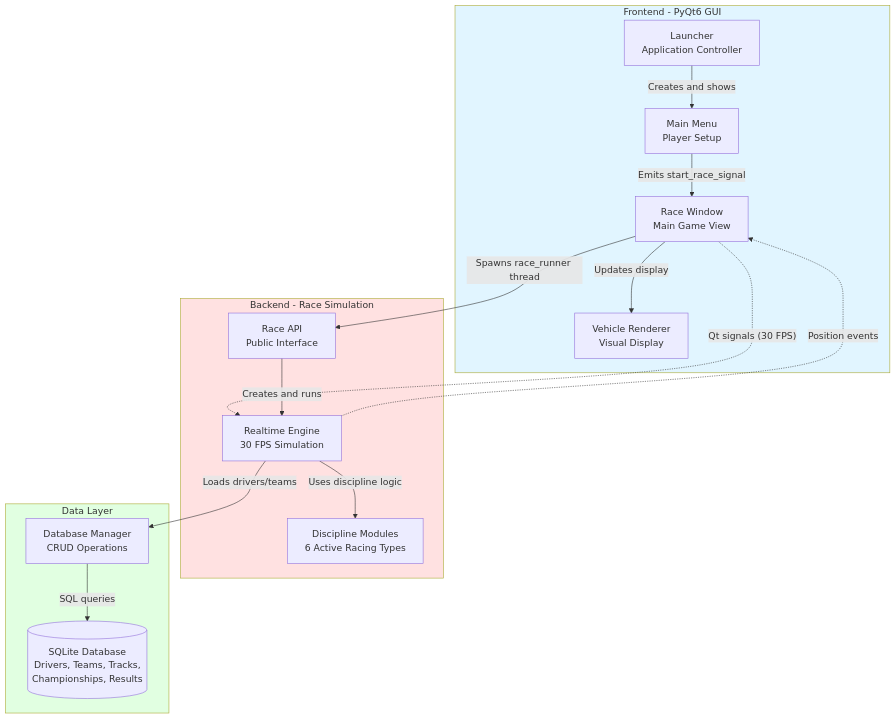
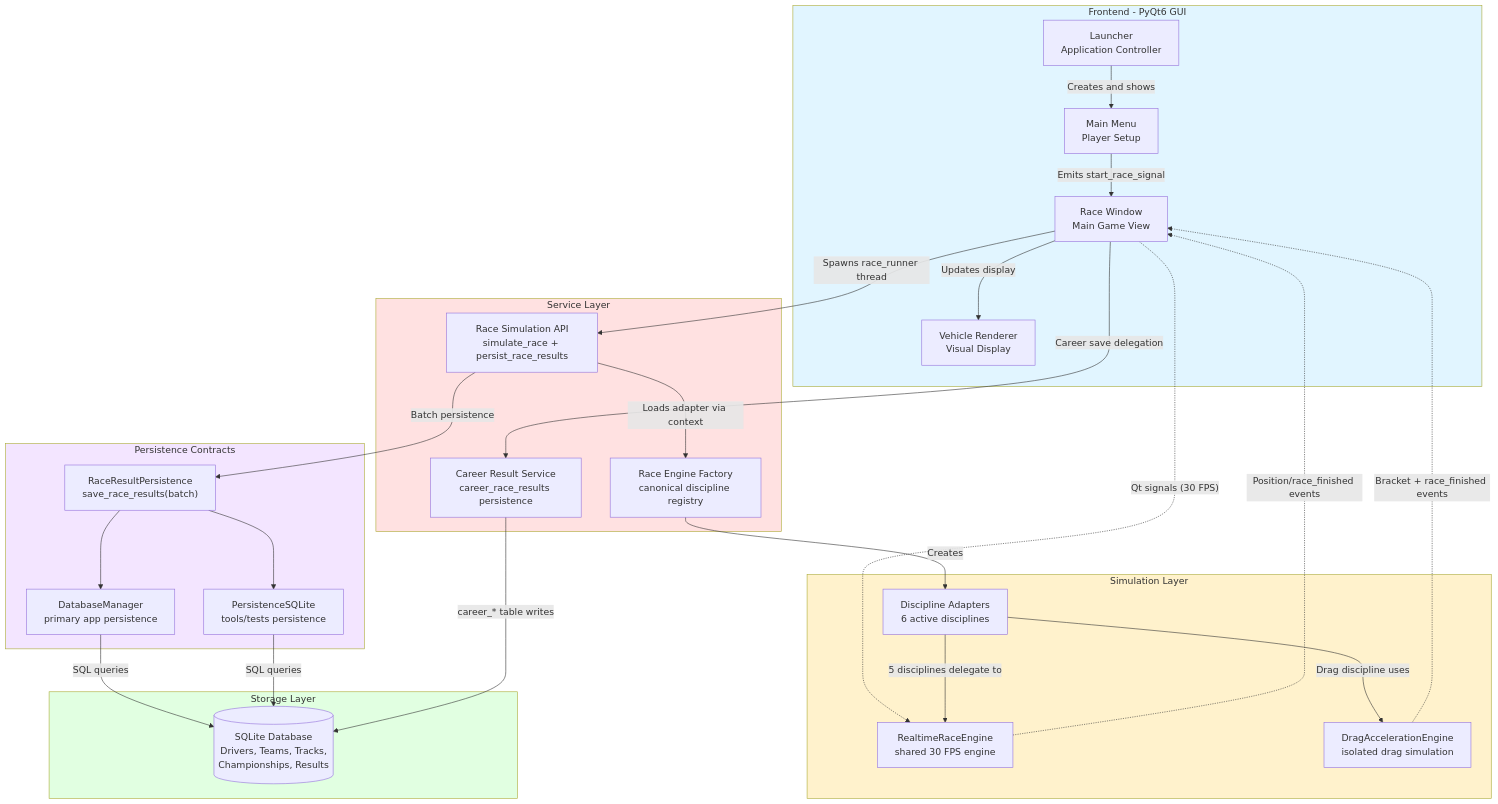
The diagram in Planning/Design and Architecture/Diagrams/system_architecture.md (EoinFitzsimons/Momentum), drawn with Mermaid before and after one commit. The commit also changed other lines of this file and 5 other files, not shown here.

Commit message:
Diagrams

````diff
--- a/Planning/Design and Architecture/Diagrams/system_architecture.md
+++ b/Planning/Design and Architecture/Diagrams/system_architecture.md
@@ -5,37 +5,59 @@
 ```mermaid
 flowchart TB
     subgraph GUI["Frontend - PyQt6 GUI"]
         Launcher["Launcher<br/>Application Controller"]
         MainMenu["Main Menu<br/>Player Setup"]
         RaceWindow["Race Window<br/>Main Game View"]
         Renderer["Vehicle Renderer<br/>Visual Display"]
     end
     
-    subgraph Backend["Backend - Race Simulation"]
-        RaceAPI["Race API<br/>Public Interface"]
-        Engine["Realtime Engine<br/>30 FPS Simulation"]
-        Disciplines["Discipline Modules<br/>6 Active Racing Types"]
+    subgraph Services["Service Layer"]
+        RaceAPI["Race Simulation API<br/>simulate_race + persist_race_results"]
+        Factory["Race Engine Factory<br/>canonical discipline registry"]
+        CareerResultService["Career Result Service<br/>career_race_results persistence"]
+    end
+
+    subgraph Simulation["Simulation Layer"]
+        Disciplines["Discipline Adapters<br/>6 active disciplines"]
+        RealtimeEngine["RealtimeRaceEngine<br/>shared 30 FPS engine"]
+        DragEngine["DragAccelerationEngine<br/>isolated drag simulation"]
+    end
+
+    subgraph Persistence["Persistence Contracts"]
+        PersistencePort["RaceResultPersistence<br/>save_race_results(batch)"]
+        DBManager["DatabaseManager<br/>primary app persistence"]
+        SQLiteAdapter["PersistenceSQLite<br/>tools/tests persistence"]
     end
     
-    subgraph Storage["Data Layer"]
-        DBManager["Database Manager<br/>CRUD Operations"]
+    subgraph Storage["Storage Layer"]
         SQLite[("SQLite Database<br/>Drivers, Teams, Tracks,<br/>Championships, Results")]
     end
     
     Launcher -->|"Creates and shows"| MainMenu
     MainMenu -->|"Emits start_race_signal"| RaceWindow
     RaceWindow -->|"Spawns race_runner thread"| RaceAPI
+    RaceWindow -->|"Career save delegation"| CareerResultService
     RaceWindow -->|"Updates display"| Renderer
-    RaceWindow -.->|"Qt signals (30 FPS)"| Engine
+    RaceWindow -.->|"Qt signals (30 FPS)"| RealtimeEngine
     
-    RaceAPI -->|"Creates and runs"| Engine
-    Engine -->|"Uses discipline logic"| Disciplines
-    Engine -->|"Loads drivers/teams"| DBManager
-    Engine -.->|"Position events"| RaceWindow
+    RaceAPI -->|"Loads adapter via context"| Factory
+    Factory -->|"Creates"| Disciplines
+    Disciplines -->|"5 disciplines delegate to"| RealtimeEngine
+    Disciplines -->|"Drag discipline uses"| DragEngine
+    RealtimeEngine -.->|"Position/race_finished events"| RaceWindow
+    DragEngine -.->|"Bracket + race_finished events"| RaceWindow
+
+    RaceAPI -->|"Batch persistence"| PersistencePort
+    PersistencePort --> DBManager
+    PersistencePort --> SQLiteAdapter
     
     DBManager -->|"SQL queries"| SQLite
+    SQLiteAdapter -->|"SQL queries"| SQLite
+    CareerResultService -->|"career_* table writes"| SQLite
     
     style GUI fill:#e1f5ff
-    style Backend fill:#ffe1e1
+    style Services fill:#ffe1e1
+    style Simulation fill:#fff2cc
+    style Persistence fill:#f3e5ff
     style Storage fill:#e1ffe1
 ```
````
